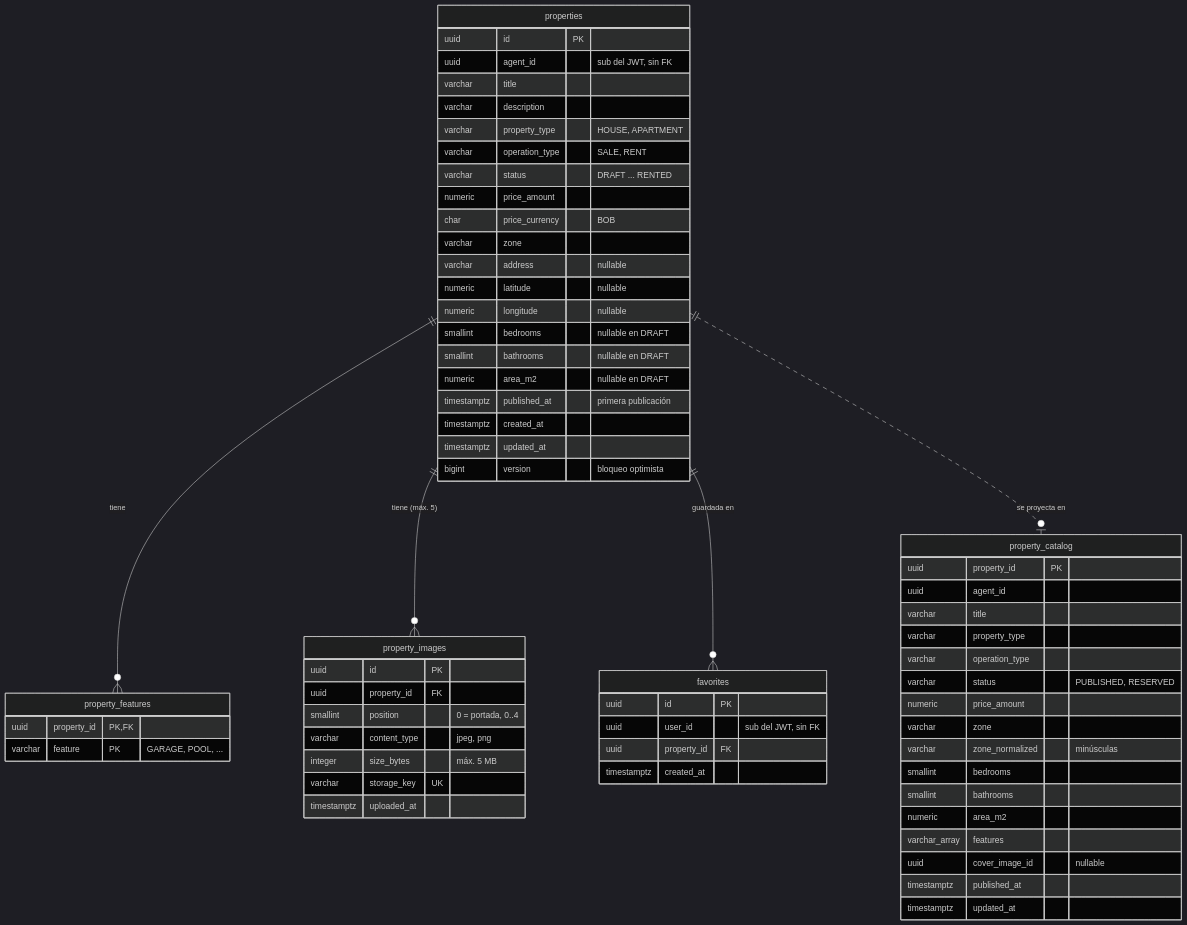
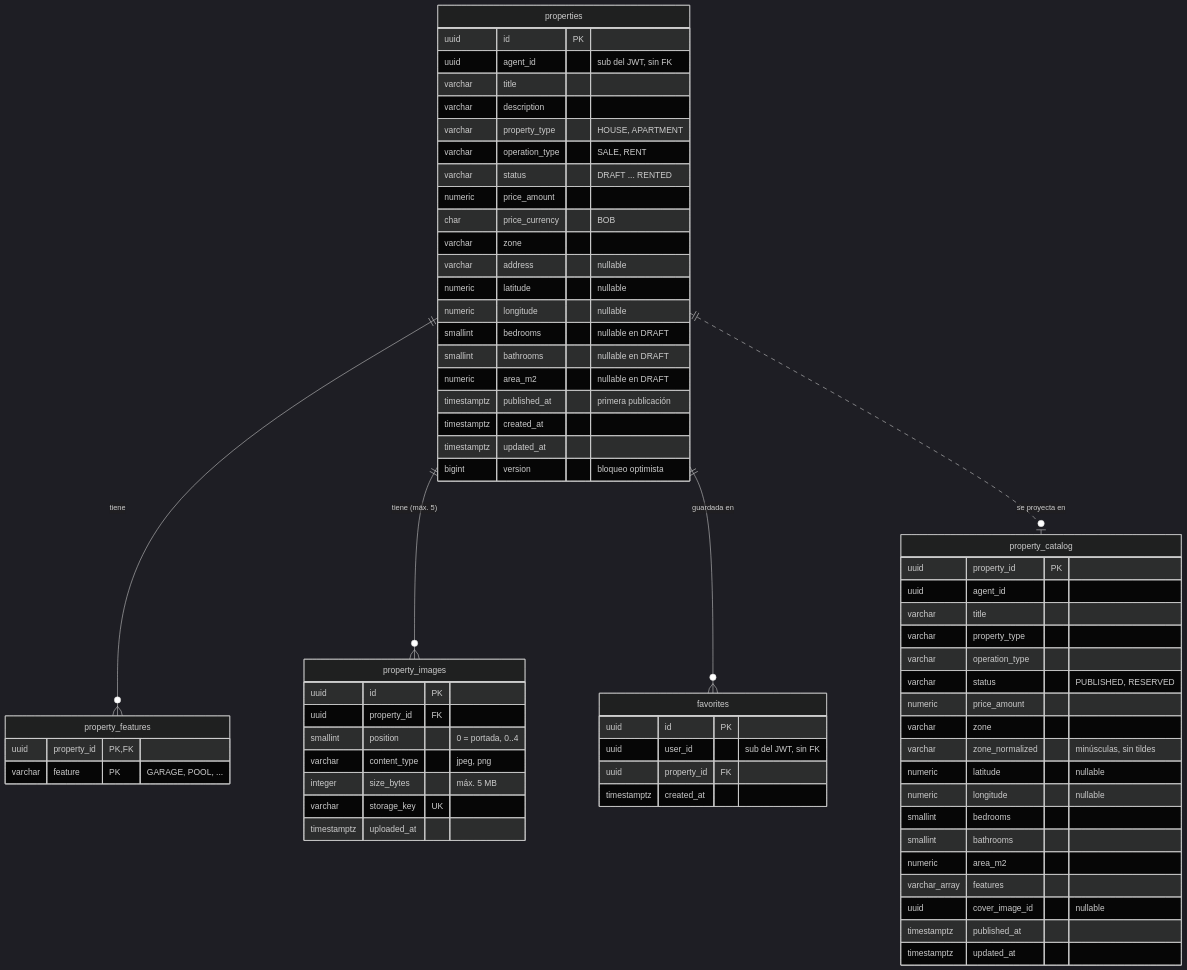
Before and after one commit to AndreaSoto7/nur.microservices.inmobiliaria: the diagram in docs/base-de-datos/listing-service.md, drawn with Mermaid (dark theme). The commit also changed other lines of this file and 40 other files, not shown here.

Commit message:
feat(listing): buscar por zona sin tildes, coordenadas en el catálogo, quitar fotos y no pausar con visitas confirmadas (#123)

````diff
--- a/docs/base-de-datos/listing-service.md
+++ b/docs/base-de-datos/listing-service.md
@@ -12,67 +12,69 @@
 ```mermaid
 erDiagram
     properties ||--o{ property_features : "tiene"
     properties ||--o{ property_images : "tiene (máx. 5)"
     properties ||--o{ favorites : "guardada en"
     properties ||..o| property_catalog : "se proyecta en"
 
     properties {
         uuid id PK
         uuid agent_id "sub del JWT, sin FK"
         varchar title
         varchar description
         varchar property_type "HOUSE, APARTMENT"
         varchar operation_type "SALE, RENT"
         varchar status "DRAFT ... RENTED"
         numeric price_amount
         char price_currency "BOB"
         varchar zone
         varchar address "nullable"
         numeric latitude "nullable"
         numeric longitude "nullable"
         smallint bedrooms "nullable en DRAFT"
         smallint bathrooms "nullable en DRAFT"
         numeric area_m2 "nullable en DRAFT"
         timestamptz published_at "primera publicación"
         timestamptz created_at
         timestamptz updated_at
         bigint version "bloqueo optimista"
     }
     property_features {
         uuid property_id PK,FK
         varchar feature PK "GARAGE, POOL, ..."
     }
     property_images {
         uuid id PK
         uuid property_id FK
         smallint position "0 = portada, 0..4"
         varchar content_type "jpeg, png"
         integer size_bytes "máx. 5 MB"
         varchar storage_key UK
         timestamptz uploaded_at
     }
     favorites {
         uuid id PK
         uuid user_id "sub del JWT, sin FK"
         uuid property_id FK
         timestamptz created_at
     }
     property_catalog {
         uuid property_id PK
         uuid agent_id
         varchar title
         varchar property_type
         varchar operation_type
         varchar status "PUBLISHED, RESERVED"
         numeric price_amount
         varchar zone
-        varchar zone_normalized "minúsculas"
+        varchar zone_normalized "minúsculas, sin tildes"
+        numeric latitude "nullable"
+        numeric longitude "nullable"
         smallint bedrooms
         smallint bathrooms
         numeric area_m2
         varchar_array features
         uuid cover_image_id "nullable"
         timestamptz published_at
         timestamptz updated_at
     }
 ```
````
